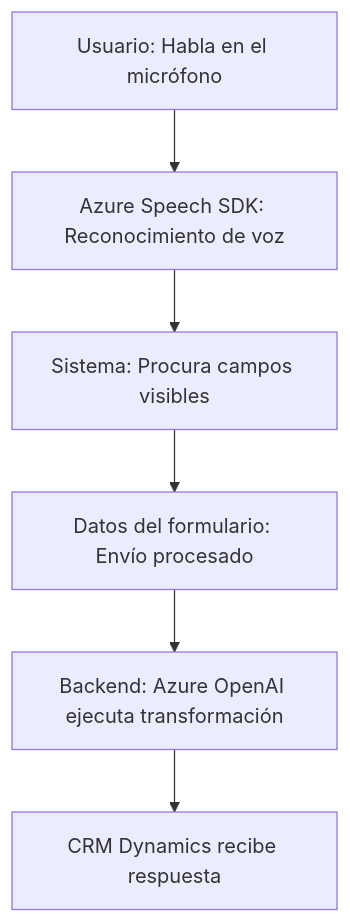
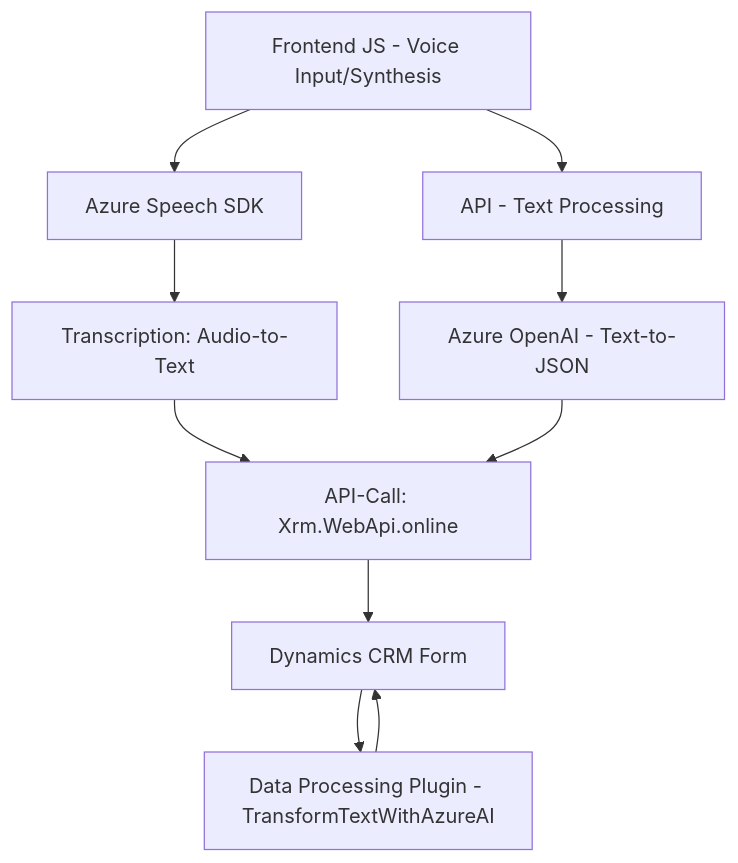
The diagram in README.md (blopezdm/NETCORE_BILBAO2025), drawn with Mermaid before and after one commit. The commit also changed other lines of this file, not shown here.

````diff
--- a/README.md
+++ b/README.md
@@ -43,8 +50,12 @@
 ```mermaid
 graph TD
-    A["Usuario: Habla en el micrófono"] --> B["Azure Speech SDK: Reconocimiento de voz"]
-    B --> C["Sistema: Procura campos visibles"]
-    C --> D["Datos del formulario: Envío procesado"]
-    D --> E["Backend: Azure OpenAI ejecuta transformación"]
-    E --> F["CRM Dynamics recibe respuesta"]
+  A["Frontend JS - Voice Input/Synthesis"] --> B["Azure Speech SDK"]
+  A --> C["API - Text Processing"]
+  B --> D["Transcription: Audio-to-Text"]
+  C --> E["Azure OpenAI - Text-to-JSON"]
+  D --> F["API-Call: Xrm.WebApi.online"]
+  E --> F
+  F --> G["Dynamics CRM Form"]
+  G --> H["Data Processing Plugin - TransformTextWithAzureAI"]
+  H --> G
 ```
````
